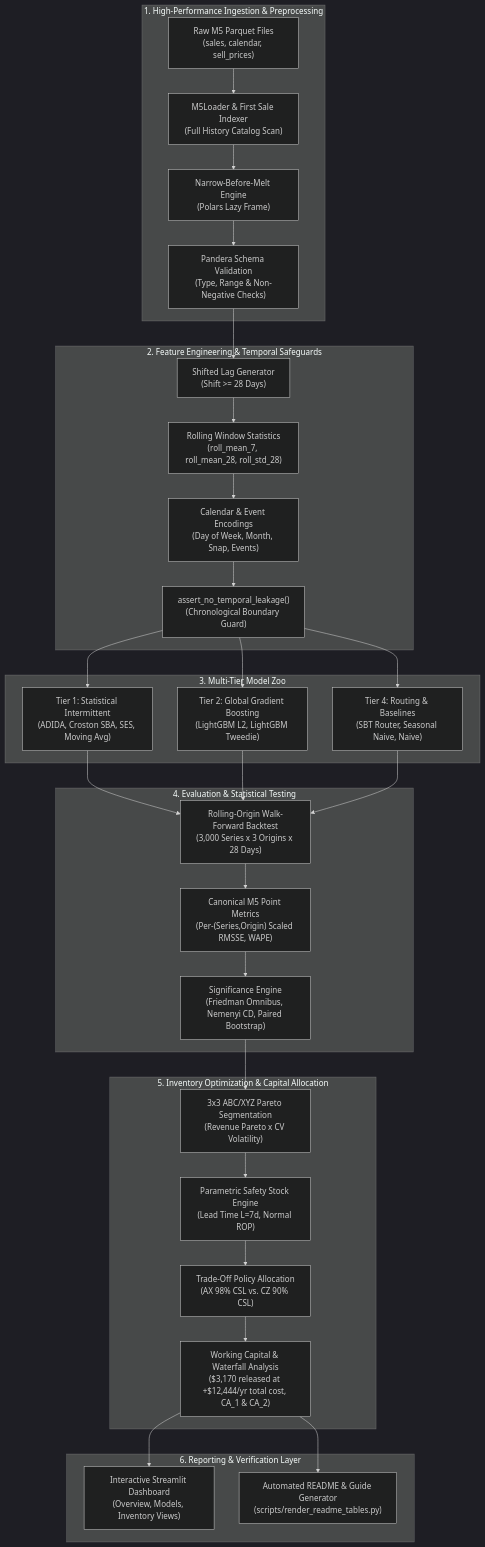
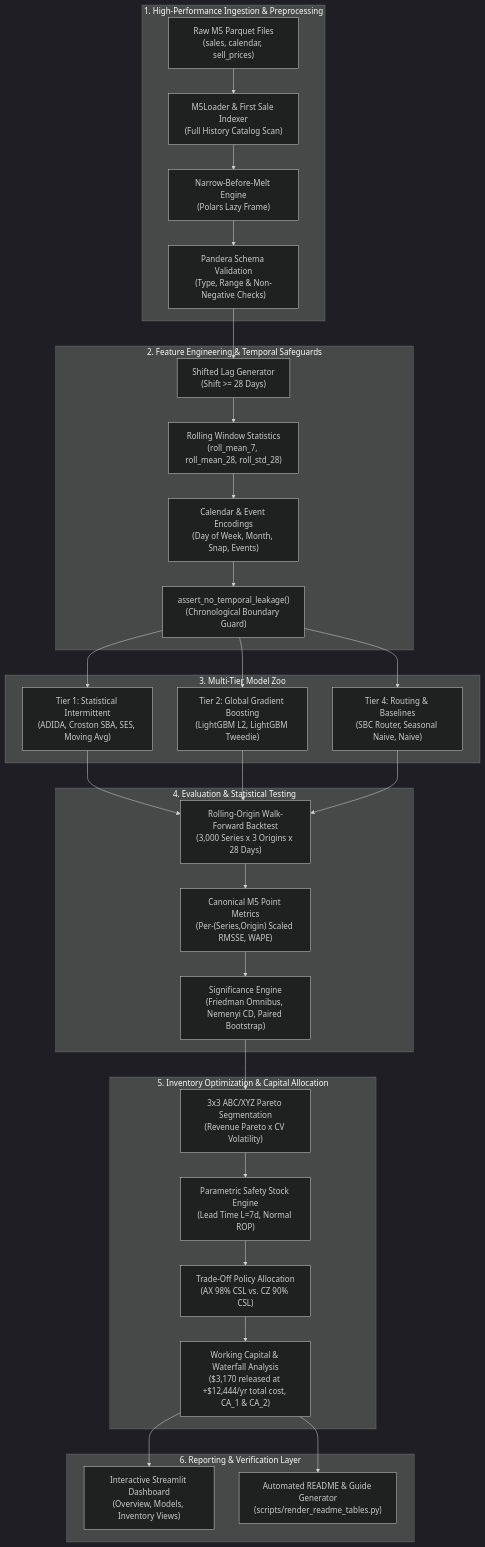
One commit to Jenish1706/Hierarchical_Retail_Demand_Forecasting changed the diagram in docs/guide/02_ARCHITECTURE.md. Above: the diagram before and after it, drawn with Mermaid (dark theme). The commit also changed other lines of this file and 40 other files, not shown here.

````diff
--- a/docs/guide/02_ARCHITECTURE.md
+++ b/docs/guide/02_ARCHITECTURE.md
@@ -9,39 +9,39 @@
 ```mermaid
 flowchart TD
     subgraph INGESTION["1. High-Performance Ingestion & Preprocessing"]
         RAW["Raw M5 Parquet Files<br/>(sales, calendar, sell_prices)"] --> LOADER["M5Loader & First Sale Indexer<br/>(Full History Catalog Scan)"]
         LOADER --> MELT["Narrow-Before-Melt Engine<br/>(Polars Lazy Frame)"]
         MELT --> SCHEMA["Pandera Schema Validation<br/>(Type, Range & Non-Negative Checks)"]
     end
 
     subgraph FEATURES["2. Feature Engineering & Temporal Safeguards"]
         SCHEMA --> LAGS["Shifted Lag Generator<br/>(Shift >= 28 Days)"]
         LAGS --> ROLLING["Rolling Window Statistics<br/>(roll_mean_7, roll_mean_28, roll_std_28)"]
         ROLLING --> CAL["Calendar & Event Encodings<br/>(Day of Week, Month, Snap, Events)"]
         CAL --> LEAK_CHECK["assert_no_temporal_leakage()<br/>(Chronological Boundary Guard)"]
     end
 
     subgraph FORECASTING["3. Multi-Tier Model Zoo"]
         LEAK_CHECK --> T1["Tier 1: Statistical Intermittent<br/>(ADIDA, Croston SBA, SES, Moving Avg)"]
         LEAK_CHECK --> T2["Tier 2: Global Gradient Boosting<br/>(LightGBM L2, LightGBM Tweedie)"]
-        LEAK_CHECK --> T4["Tier 4: Routing & Baselines<br/>(SBT Router, Seasonal Naive, Naive)"]
+        LEAK_CHECK --> T4["Tier 4: Routing & Baselines<br/>(SBC Router, Seasonal Naive, Naive)"]
     end
 
     subgraph BACKTEST["4. Evaluation & Statistical Testing"]
         T1 & T2 & T4 --> WF["Rolling-Origin Walk-Forward Backtest<br/>(3,000 Series x 3 Origins x 28 Days)"]
         WF --> METRICS["Canonical M5 Point Metrics<br/>(Per-(Series,Origin) Scaled RMSSE, WAPE)"]
         METRICS --> SIG["Significance Engine<br/>(Friedman Omnibus, Nemenyi CD, Paired Bootstrap)"]
     end
 
     subgraph OPERATIONS["5. Inventory Optimization & Capital Allocation"]
         SIG --> ABC_XYZ["3x3 ABC/XYZ Pareto Segmentation<br/>(Revenue Pareto x CV Volatility)"]
         ABC_XYZ --> SAFETY["Parametric Safety Stock Engine<br/>(Lead Time L=7d, Normal ROP)"]
         SAFETY --> SCENARIO["Trade-Off Policy Allocation<br/>(AX 98% CSL vs. CZ 90% CSL)"]
         SCENARIO --> CAP_REPORT["Working Capital & Waterfall Analysis<br/>($3,170 released at +$12,444/yr total cost, CA_1 & CA_2)"]
     end
 
     subgraph PRESENTATION["6. Reporting & Verification Layer"]
         CAP_REPORT --> DASH["Interactive Streamlit Dashboard<br/>(Overview, Models, Inventory Views)"]
         CAP_REPORT --> MD_GEN["Automated README & Guide Generator<br/>(scripts/render_readme_tables.py)"]
     end
 ```
````
